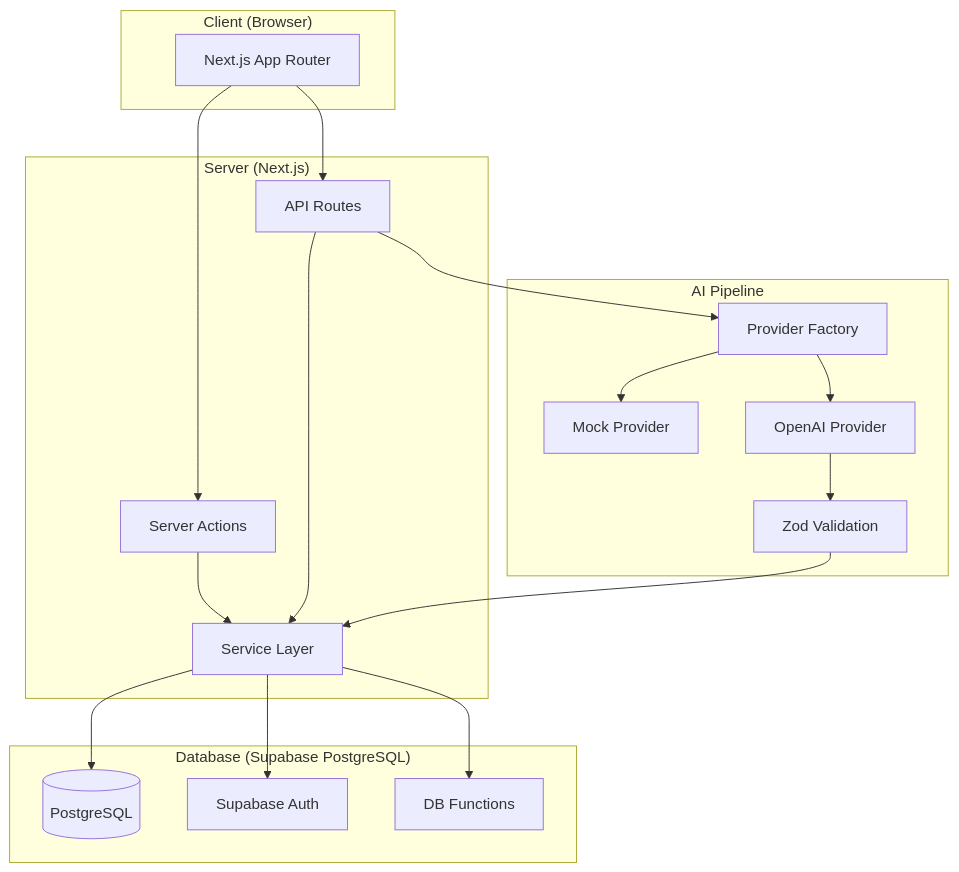
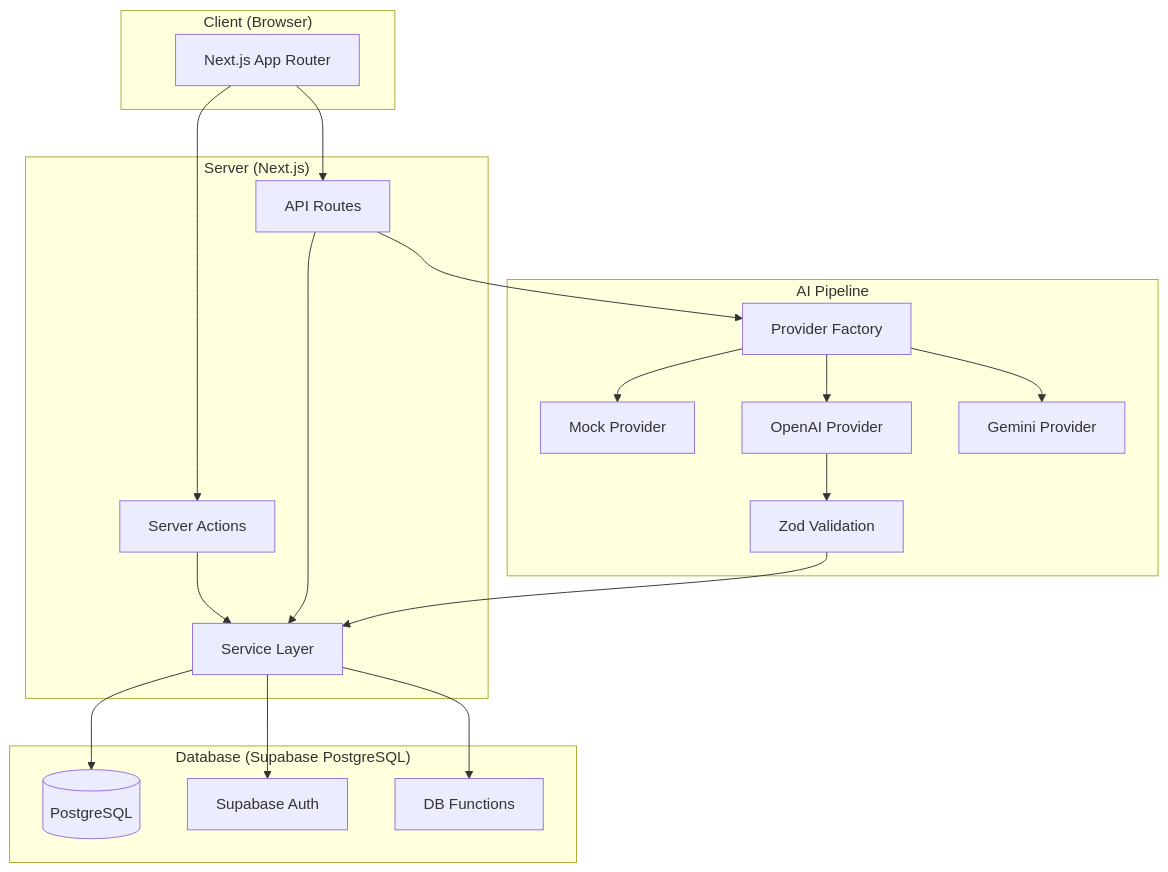
Before and after one commit to shreyad2806/careflow-ai: the first of 7 diagrams in careflow-ai/docs/ARCHITECTURE.md, drawn with Mermaid. The commit also changed other lines of this file and 11 other files, not shown here.

````diff
--- a/careflow-ai/docs/ARCHITECTURE.md
+++ b/careflow-ai/docs/ARCHITECTURE.md
@@ -11,38 +11,40 @@
 ```mermaid
 graph TB
     subgraph "Client (Browser)"
         UI[Next.js App Router]
     end
 
     subgraph "Server (Next.js)"
         SA[Server Actions]
         API[API Routes]
         SVC[Service Layer]
     end
 
     subgraph "AI Pipeline"
         PF[Provider Factory]
         MOCK[Mock Provider]
         OPENAI[OpenAI Provider]
+        GEMINI[Gemini Provider]
         VAL[Zod Validation]
     end
 
     subgraph "Database (Supabase PostgreSQL)"
         DB[(PostgreSQL)]
         AUTH[Supabase Auth]
         RPC[DB Functions]
     end
 
     UI --> SA
     UI --> API
     SA --> SVC
     API --> SVC
     API --> PF
     PF --> MOCK
     PF --> OPENAI
+    PF --> GEMINI
     SVC --> DB
     SVC --> AUTH
     SVC --> RPC
     OPENAI --> VAL
     VAL --> SVC
 ```
````
